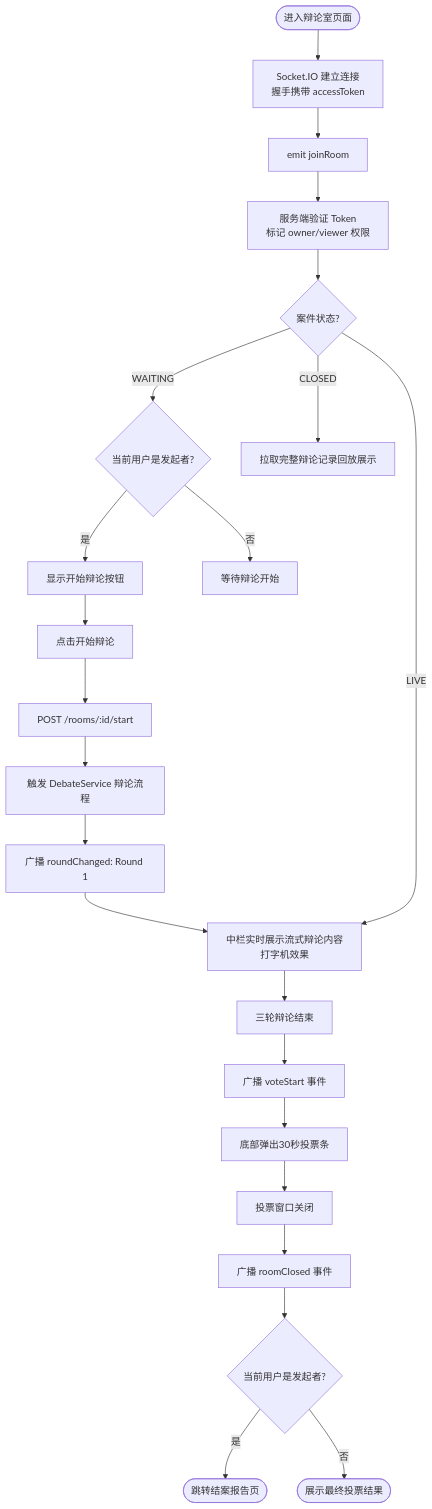
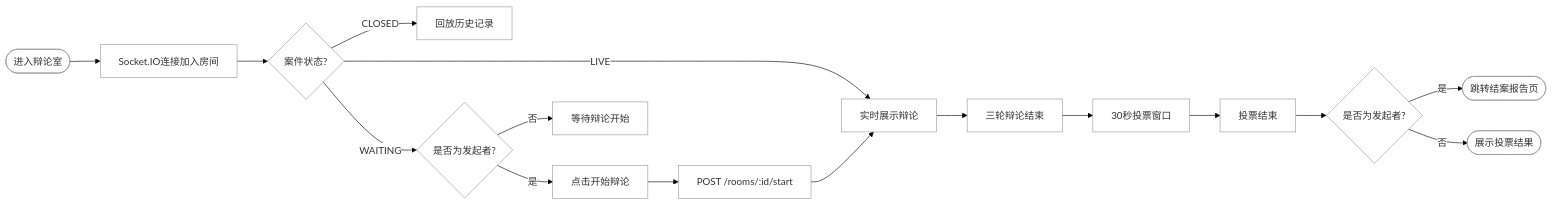
The eighth of 19 diagrams in docs/毕设图表.md (huangkaihao666/graduate-design), drawn with Mermaid before and after one commit. The commit also changed other lines of this file, not shown here.

Commit message:
docs: 添加毕设图表40%

````diff
--- a/docs/毕设图表.md
+++ b/docs/毕设图表.md
@@ -373,25 +359,19 @@
 ```mermaid
-flowchart TD
-    A([进入辩论室页面]) --> B[Socket.IO 建立连接<br/>握手携带 accessToken]
-    B --> C[emit joinRoom]
-    C --> D[服务端验证 Token<br/>标记 owner/viewer 权限]
-    D --> E{案件状态?}
-    E -- WAITING --> F{当前用户是发起者?}
-    F -- 是 --> G[显示开始辩论按钮]
-    F -- 否 --> H[等待辩论开始]
-    G --> I[点击开始辩论]
-    I --> J[POST /rooms/:id/start]
-    J --> K[触发 DebateService 辩论流程]
-    K --> L[广播 roundChanged: Round 1]
-    L --> M[中栏实时展示流式辩论内容<br/>打字机效果]
-    M --> N[三轮辩论结束]
-    N --> O[广播 voteStart 事件]
-    O --> P[底部弹出30秒投票条]
-    P --> Q[投票窗口关闭]
-    Q --> R[广播 roomClosed 事件]
-    R --> S{当前用户是发起者?}
-    S -- 是 --> T([跳转结案报告页])
-    S -- 否 --> U([展示最终投票结果])
-    E -- LIVE --> M
-    E -- CLOSED --> V[拉取完整辩论记录回放展示]
+%%{init:{'theme':'base','themeVariables':{'background':'#ffffff','mainBkg':'#ffffff','clusterBkg':'#ffffff','nodeBorder':'#999999','edgeLabelBackground':'#ffffff'}}}%%
+flowchart LR
+    A([进入辩论室]) --> B[Socket.IO连接加入房间]
+    B --> C{案件状态?}
+    C -- CLOSED --> D[回放历史记录]
+    C -- LIVE --> E[实时展示辩论]
+    C -- WAITING --> F{是否为发起者?}
+    F -- 否 --> G[等待辩论开始]
+    F -- 是 --> H[点击开始辩论]
+    H --> I[POST /rooms/:id/start]
+    I --> E
+    E --> J[三轮辩论结束]
+    J --> K[30秒投票窗口]
+    K --> L[投票结束]
+    L --> M{是否为发起者?}
+    M -- 是 --> N([跳转结案报告页])
+    M -- 否 --> O([展示投票结果])
 ```
````
